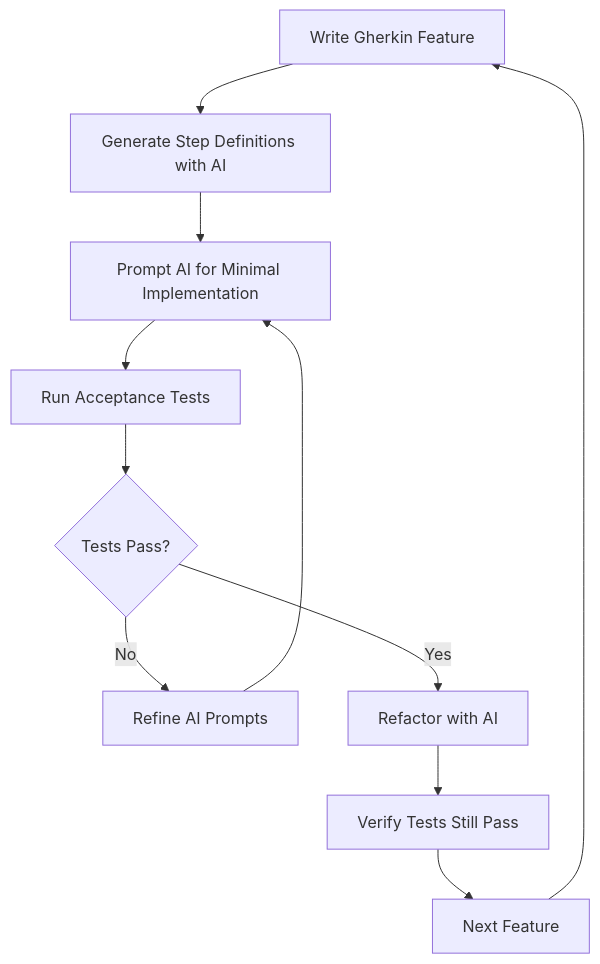
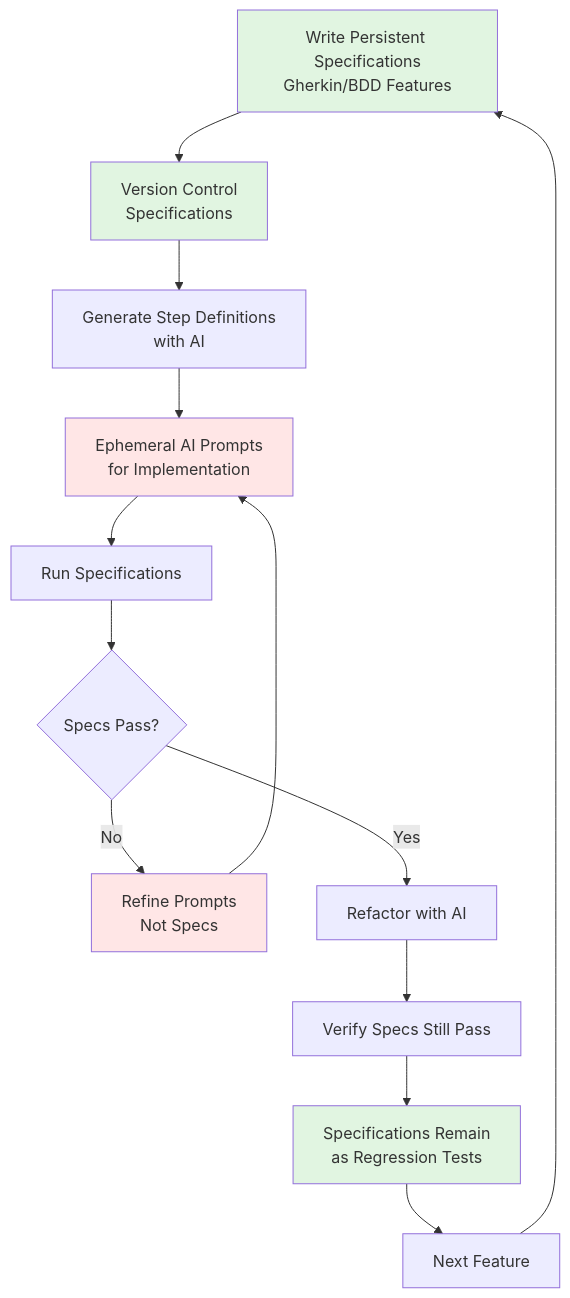
The seventh of 11 diagrams in README.md (PaulDuvall/coding-with-ai-patterns), drawn with Mermaid before and after one commit. The commit also changed other lines of this file, not shown here.

First line of the commit message:
Rename ATDD to Specification Driven Development with ephemeral vs persistent concept

````diff
--- a/README.md
+++ b/README.md
@@ -577,13 +587,21 @@
 ```mermaid
 graph TD
-    A[Write Gherkin Feature] --> B[Generate Step Definitions with AI]
-    B --> C[Prompt AI for Minimal Implementation]
-    C --> D[Run Acceptance Tests]
-    D --> E{Tests Pass?}
-    E -->|No| F[Refine AI Prompts]
-    F --> C
-    E -->|Yes| G[Refactor with AI]
-    G --> H[Verify Tests Still Pass]
-    H --> I[Next Feature]
-    I --> A
+    A[Write Persistent Specifications<br/>Gherkin/BDD Features] --> B[Version Control<br/>Specifications]
+    B --> C[Generate Step Definitions<br/>with AI]
+    C --> D[Ephemeral AI Prompts<br/>for Implementation]
+    D --> E[Run Specifications]
+    E --> F{Specs Pass?}
+    F -->|No| G[Refine Prompts<br/>Not Specs]
+    G --> D
+    F -->|Yes| H[Refactor with AI]
+    H --> I[Verify Specs Still Pass]
+    I --> J[Specifications Remain<br/>as Regression Tests]
+    J --> K[Next Feature]
+    K --> A
+    
+    style A fill:#e1f5e1
+    style B fill:#e1f5e1
+    style J fill:#e1f5e1
+    style D fill:#ffe6e6
+    style G fill:#ffe6e6
 ```
````
